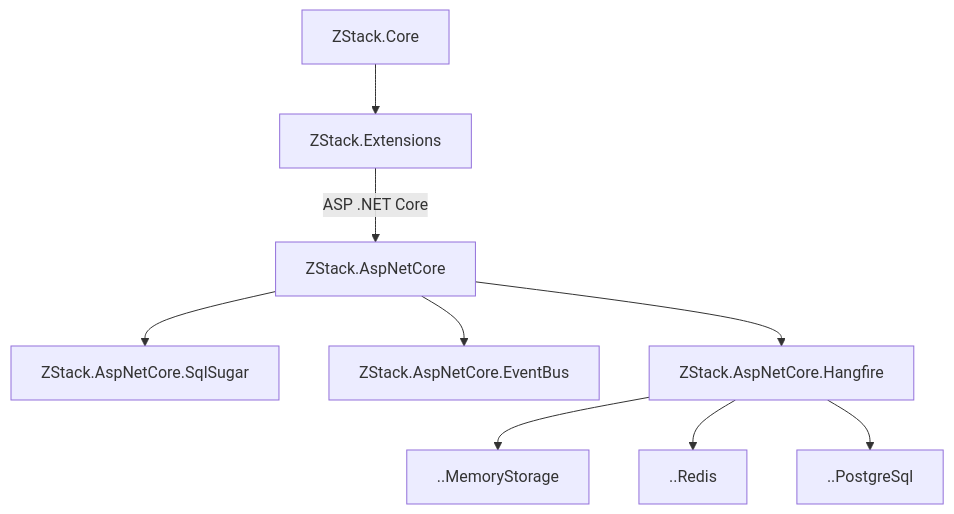
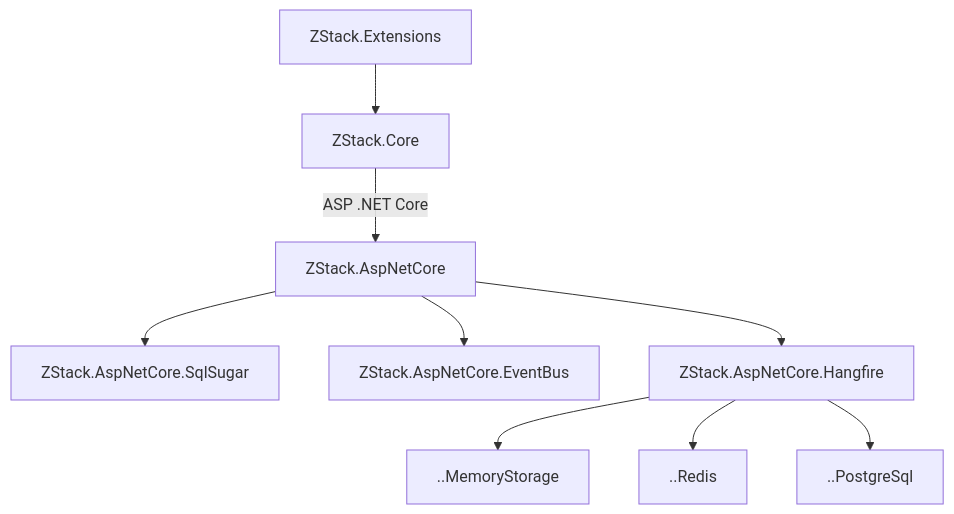
The diagram in README.md (zuozishi/ZStack.Framework), drawn with Mermaid before and after one commit. The commit also changed 18 other files, not shown here.

````diff
--- a/README.md
+++ b/README.md
@@ -92,11 +92,11 @@
 ```mermaid
 graph TD;
-    ZStack.Core --> ZStack.Extensions;
-    ZStack.Extensions --ASP .NET Core--> ZStack.AspNetCore;
+    ZStack.Extensions --> ZStack.Core;
+    ZStack.Core --ASP .NET Core--> ZStack.AspNetCore;
     ZStack.AspNetCore --> ZStack.AspNetCore.SqlSugar;
     ZStack.AspNetCore --> ZStack.AspNetCore.EventBus;
     ZStack.AspNetCore --> ZStack.AspNetCore.Hangfire;
     ZStack.AspNetCore.Hangfire --> ..MemoryStorage;
     ZStack.AspNetCore.Hangfire --> ..Redis;
     ZStack.AspNetCore.Hangfire --> ..PostgreSql;
 ```
````
